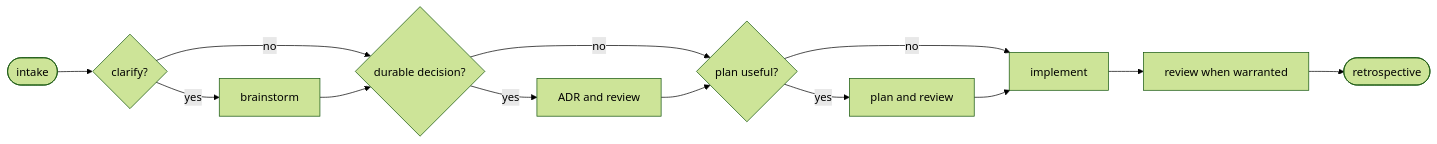
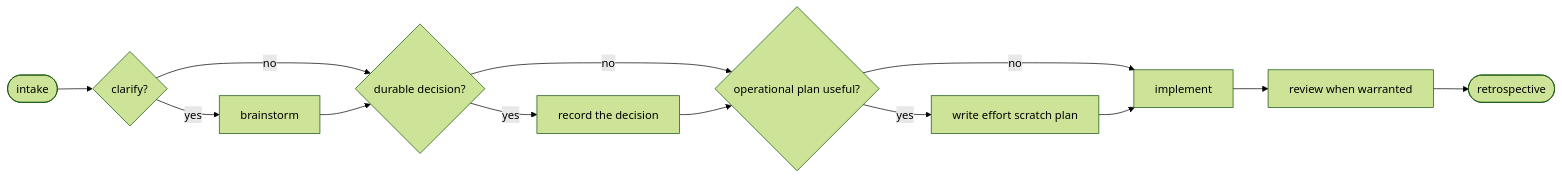
One commit to hypnotox/agentic-workflows changed the diagram in README.md. Above: the diagram before and after it, drawn with Mermaid (forest theme). The commit also changed other lines of this file and 408 other files, not shown here.

Commit message:
refactor(adr-system): remove repository plan lifecycle

````diff
--- a/README.md
+++ b/README.md
@@ -109,15 +109,15 @@
 ```mermaid
 flowchart LR
     I([intake]) --> B{clarify?}
     B -->|yes| BR[brainstorm]
     B -->|no| D{durable decision?}
     BR --> D
-    D -->|yes| A[ADR and review]
-    D -->|no| P{plan useful?}
+    D -->|yes| A[record the decision]
+    D -->|no| P{operational plan useful?}
     A --> P
-    P -->|yes| PL[plan and review]
+    P -->|yes| PL[write effort scratch plan]
     P -->|no| X[implement]
     PL --> X
     X --> R[review when warranted]
     R --> T([retrospective])
 ```
````
